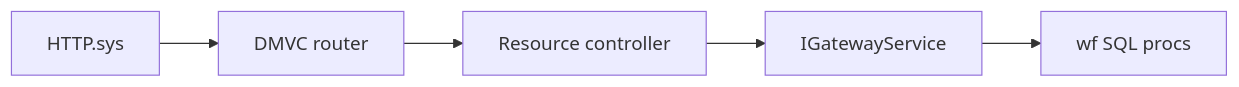
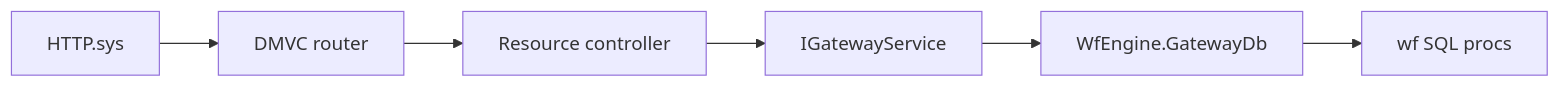
The diagram in workflow_engine/WORKFLOW_ENGINE_DELPHI.md (Goliath-Research/GoliathWorkflow), drawn with Mermaid before and after one commit. The commit also changed other lines of this file and 7 other files, not shown here.

````diff
--- a/workflow_engine/WORKFLOW_ENGINE_DELPHI.md
+++ b/workflow_engine/WORKFLOW_ENGINE_DELPHI.md
@@ -32,9 +32,10 @@
 ```mermaid
 flowchart LR
   HTTP[HTTP.sys]
   DMVC[DMVC router]
   Ctrl[Resource controller]
   Svc[IGatewayService]
+  Db[WfEngine.GatewayDb]
   SQL[wf SQL procs]
-  HTTP --> DMVC --> Ctrl --> Svc --> SQL
+  HTTP --> DMVC --> Ctrl --> Svc --> Db --> SQL
 ```
````
